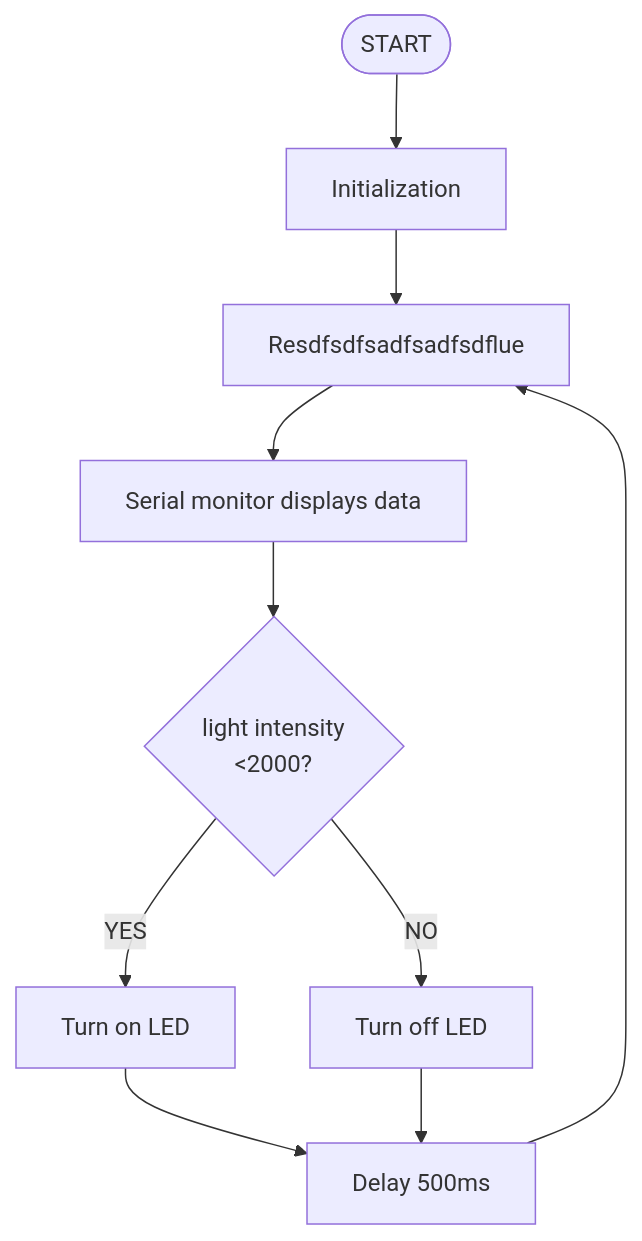
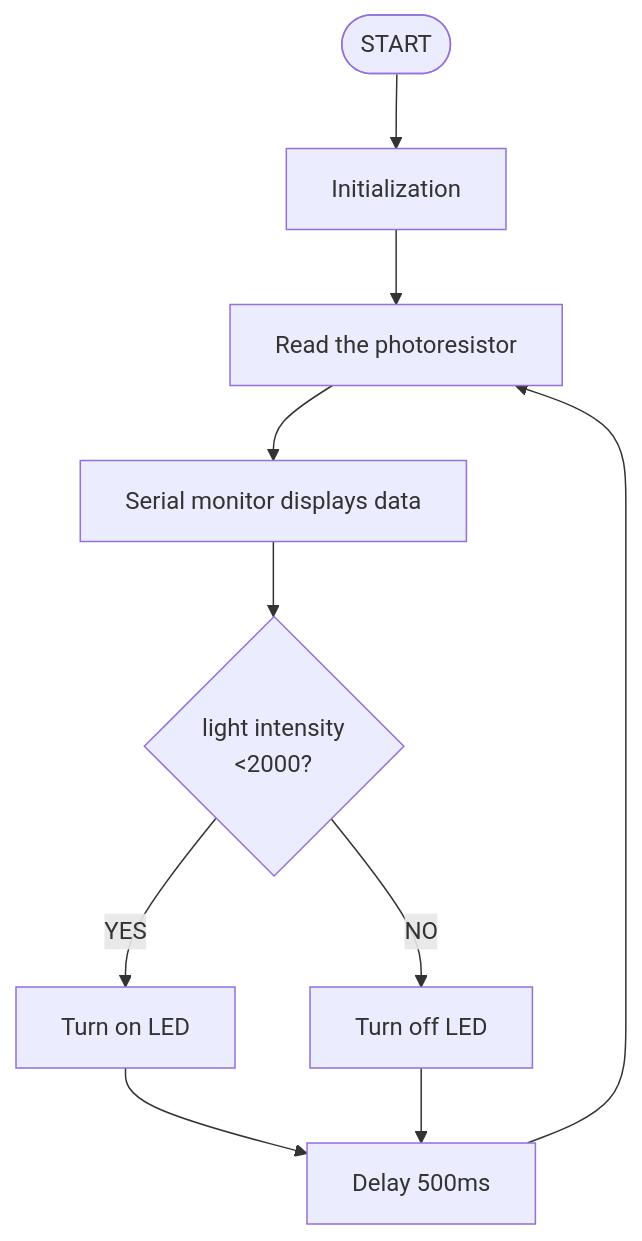
One commit to keyestudio/KS0597- changed the first of 6 diagrams in docs/4.Arduino Projects/4.3 Projects/Project 1.md. Above: the diagram before and after it, drawn with Mermaid. The commit also changed other lines of this file, not shown here.

````diff
--- a/docs/4.Arduino Projects/4.3 Projects/Project 1.md
+++ b/docs/4.Arduino Projects/4.3 Projects/Project 1.md
@@ -347,11 +347,11 @@
 ```{mermaid}
 graph TD
     A([START]) --> B[Initialization]
-    B --> C[Resdfsdfsadfsadfsdflue]
+    B --> C[Read the photoresistor]
     C --> D[Serial monitor displays data]
     D --> E{light intensity<br><2000?}
     E -- YES --> F[Turn on LED]
     E -- NO --> G[Turn off LED]
     F & G --> H[Delay 500ms]
-    H --> C[Resdfsdfsadfsadfsdflue]
+    H --> C[Read the photoresistor]
 ```
````
